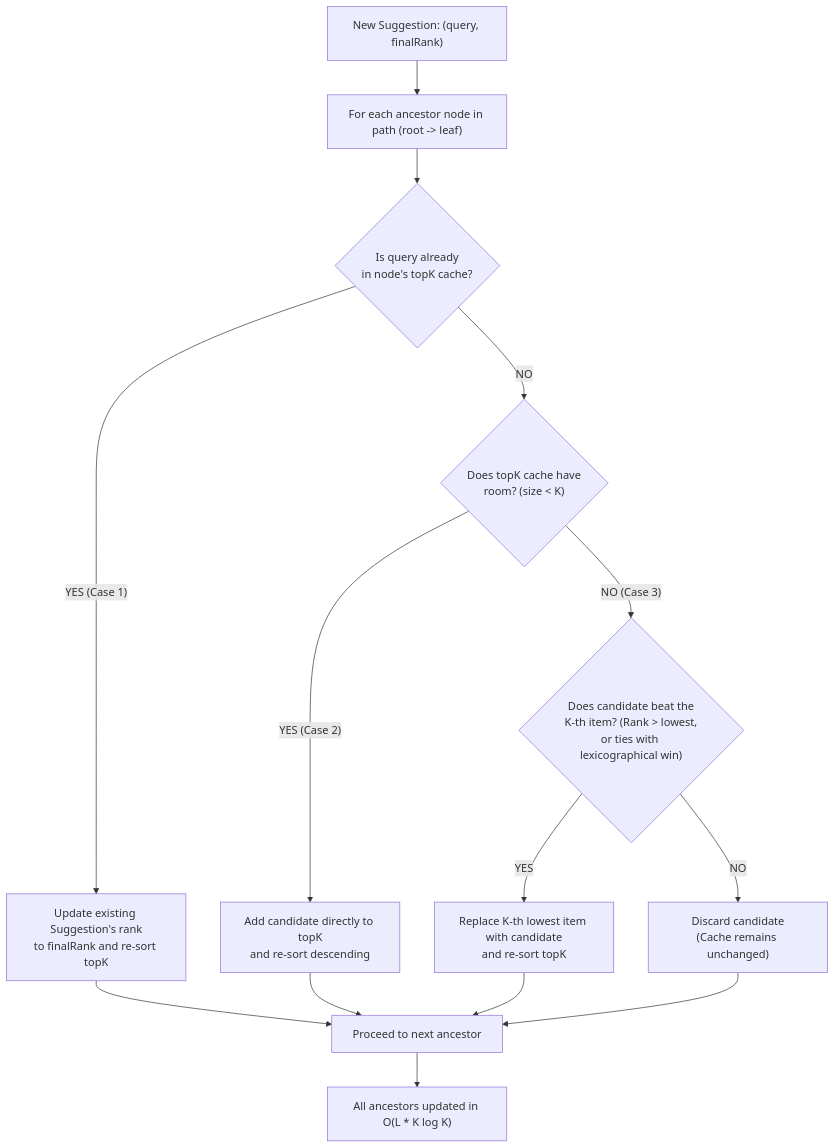
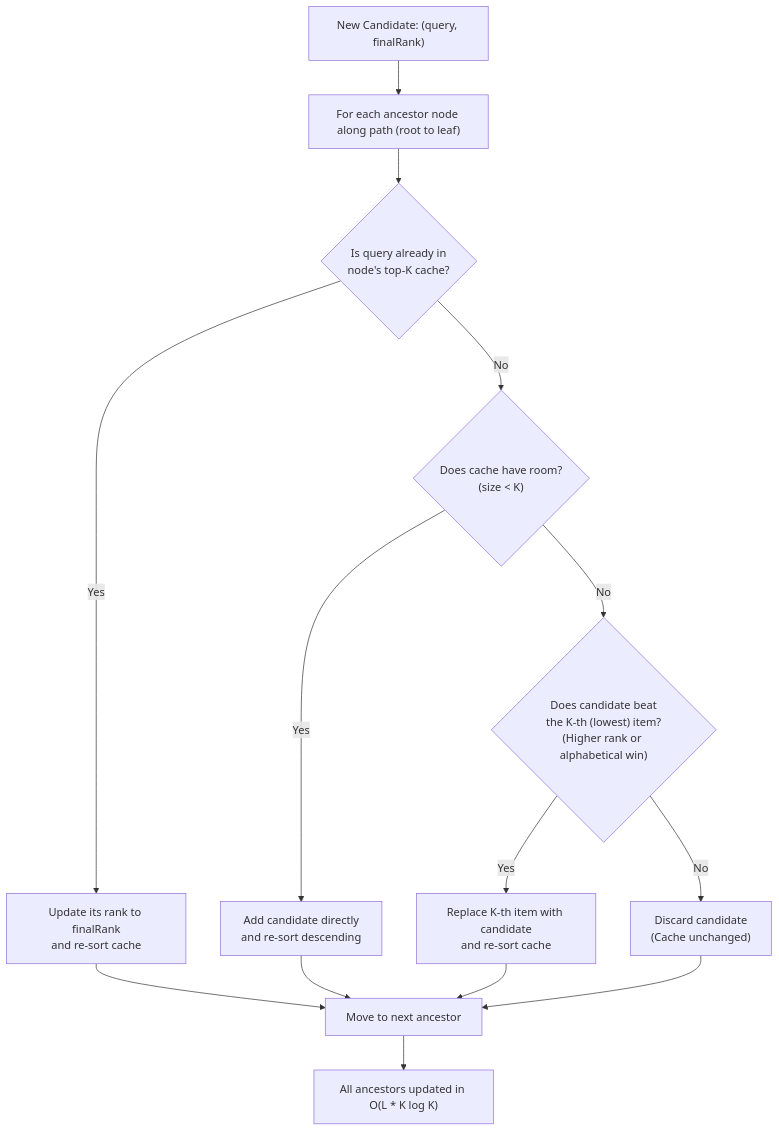
The sixth of 6 diagrams in apps/web/src/content/lld/search-auto-complete.md (JyotimoyKashyap/system-design-labs), drawn with Mermaid before and after one commit. The commit also changed other lines of this file and 3 other files, not shown here.

````diff
--- a/apps/web/src/content/lld/search-auto-complete.md
+++ b/apps/web/src/content/lld/search-auto-complete.md
@@ -390,20 +442,20 @@
 ```mermaid
 flowchart TD
-    Start["New Suggestion: (query, finalRank)"] --> AncestorLoop["For each ancestor node in path (root -> leaf)"]
-    AncestorLoop --> CheckExisting{"Is query already<br/>in node's topK cache?"}
+    Start["New Candidate: (query, finalRank)"] --> AncestorLoop["For each ancestor node along path (root to leaf)"]
+    AncestorLoop --> CheckExisting{"Is query already in<br/>node's top-K cache?"}
 
-    CheckExisting -- "YES (Case 1)" --> UpdateExisting["Update existing Suggestion's rank<br/>to finalRank and re-sort topK"]
-    CheckExisting -- "NO" --> CheckRoom{"Does topK cache have<br/>room? (size < K)"}
+    CheckExisting -- "Yes" --> UpdateExisting["Update its rank to finalRank<br/>and re-sort cache"]
+    CheckExisting -- "No" --> CheckRoom{"Does cache have room?<br/>(size < K)"}
 
-    CheckRoom -- "YES (Case 2)" --> AddItem["Add candidate directly to topK<br/>and re-sort descending"]
-    CheckRoom -- "NO (Case 3)" --> CompareLowest{"Does candidate beat the<br/>K-th item? (Rank > lowest,<br/>or ties with lexicographical win)"}
+    CheckRoom -- "Yes" --> AddItem["Add candidate directly<br/>and re-sort descending"]
+    CheckRoom -- "No" --> CompareLowest{"Does candidate beat<br/>the K-th (lowest) item?<br/>(Higher rank or alphabetical win)"}
 
-    CompareLowest -- "YES" --> EvictLowest["Replace K-th lowest item with candidate<br/>and re-sort topK"]
-    CompareLowest -- "NO" --> Discard["Discard candidate<br/>(Cache remains unchanged)"]
+    CompareLowest -- "Yes" --> EvictLowest["Replace K-th item with candidate<br/>and re-sort cache"]
+    CompareLowest -- "No" --> Discard["Discard candidate<br/>(Cache unchanged)"]
 
-    UpdateExisting --> NextAncestor["Proceed to next ancestor"]
+    UpdateExisting --> NextAncestor["Move to next ancestor"]
     AddItem --> NextAncestor
     EvictLowest --> NextAncestor
     Discard --> NextAncestor
     NextAncestor --> Done["All ancestors updated in O(L * K log K)"]
 ```
````
